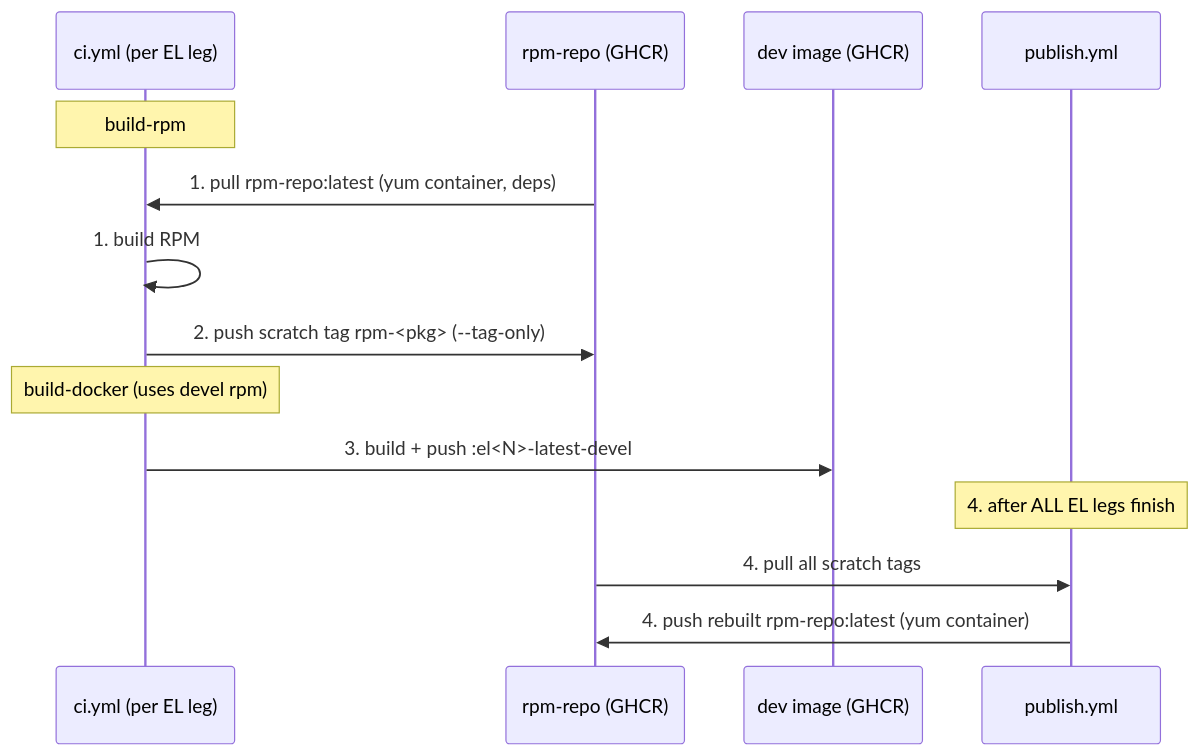
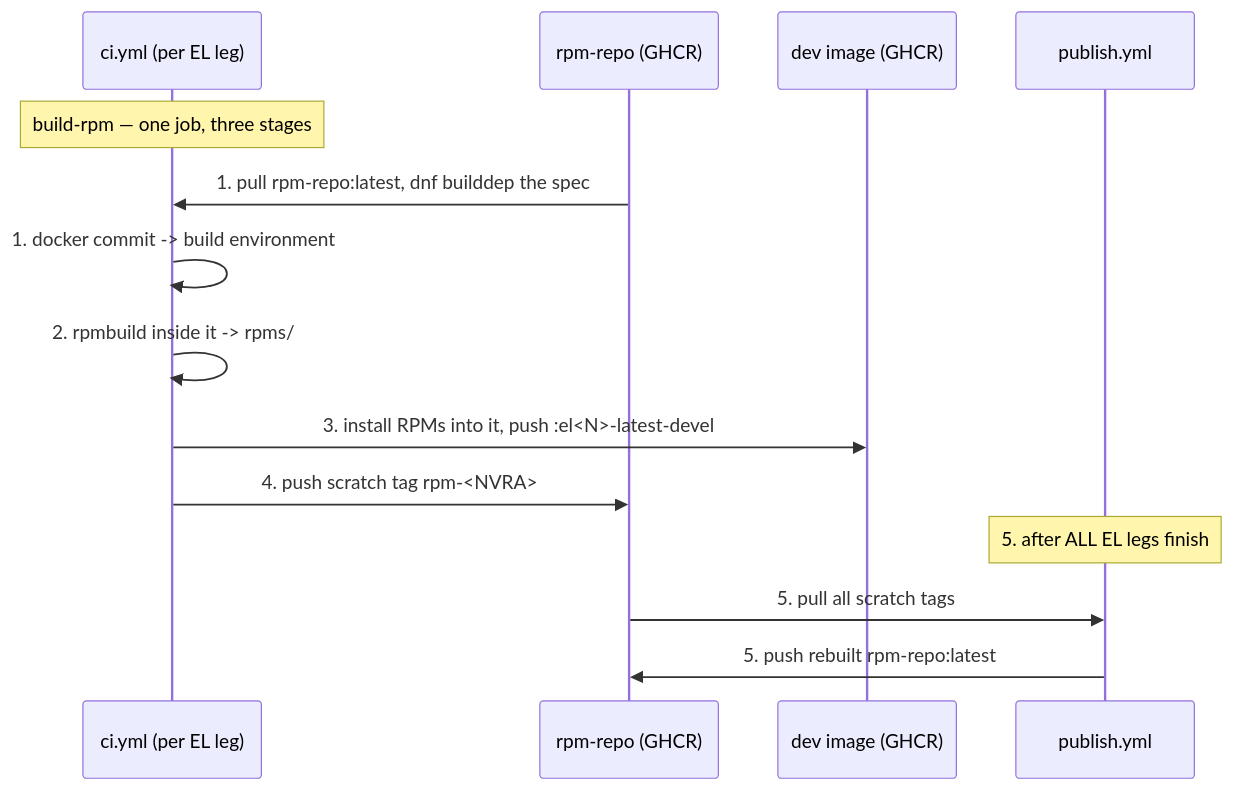
One commit to gemini-rtsw/gemini-rtsw-ci changed the second of 2 diagrams in README.md. Above: the diagram before and after it, drawn with Mermaid. The commit also changed other lines of this file and 1 other file, not shown here.

````diff
--- a/README.md
+++ b/README.md
@@ -32,17 +37,17 @@
 ```mermaid
 sequenceDiagram
   participant CI as ci.yml (per EL leg)
   participant Repo as rpm-repo (GHCR)
   participant Dev as dev image (GHCR)
   participant Pub as publish.yml
 
-  Note over CI: build-rpm
-  Repo->>CI: 1. pull rpm-repo:latest (yum container, deps)
-  CI->>CI: 1. build RPM
-  CI->>Repo: 2. push scratch tag rpm-<pkg> (--tag-only)
-  Note over CI: build-docker (uses devel rpm)
-  CI->>Dev: 3. build + push :el<N>-latest-devel
-  Note over Pub: 4. after ALL EL legs finish
-  Repo->>Pub: 4. pull all scratch tags
-  Pub->>Repo: 4. push rebuilt rpm-repo:latest (yum container)
+  Note over CI: build-rpm — one job, three stages
+  Repo->>CI: 1. pull rpm-repo:latest, dnf builddep the spec
+  CI->>CI: 1. docker commit -> build environment
+  CI->>CI: 2. rpmbuild inside it -> rpms/
+  CI->>Dev: 3. install RPMs into it, push :el<N>-latest-devel
+  CI->>Repo: 4. push scratch tag rpm-<NVRA>
+  Note over Pub: 5. after ALL EL legs finish
+  Repo->>Pub: 5. pull all scratch tags
+  Pub->>Repo: 5. push rebuilt rpm-repo:latest
 ```
````
